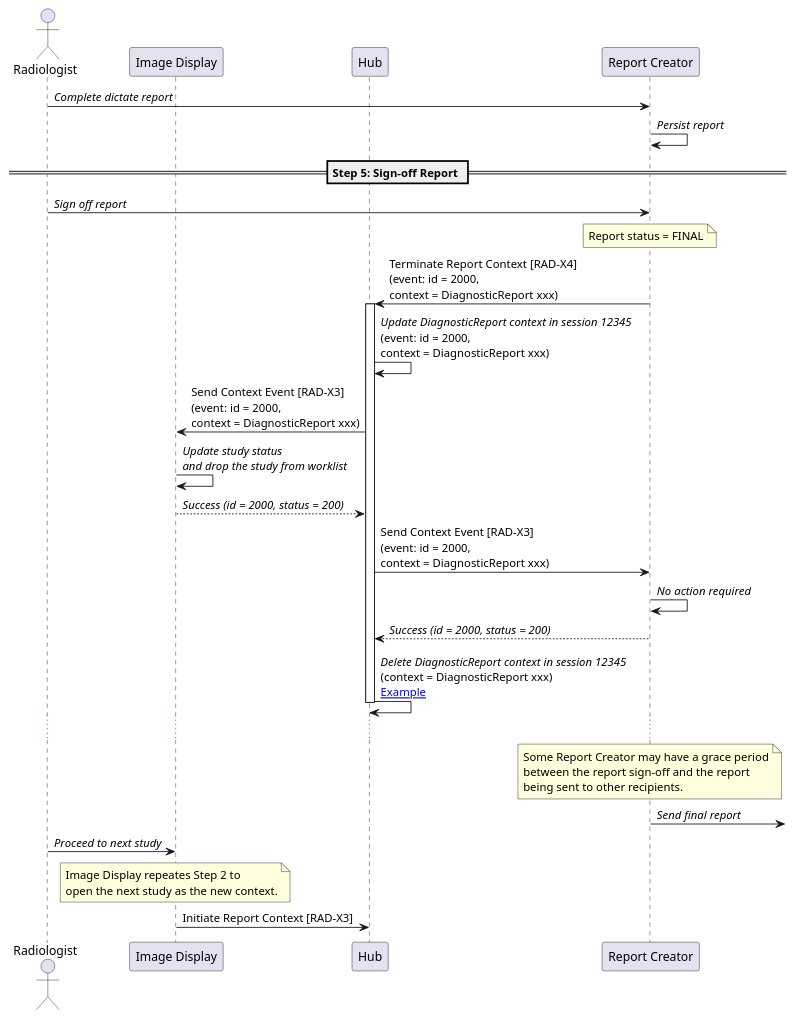
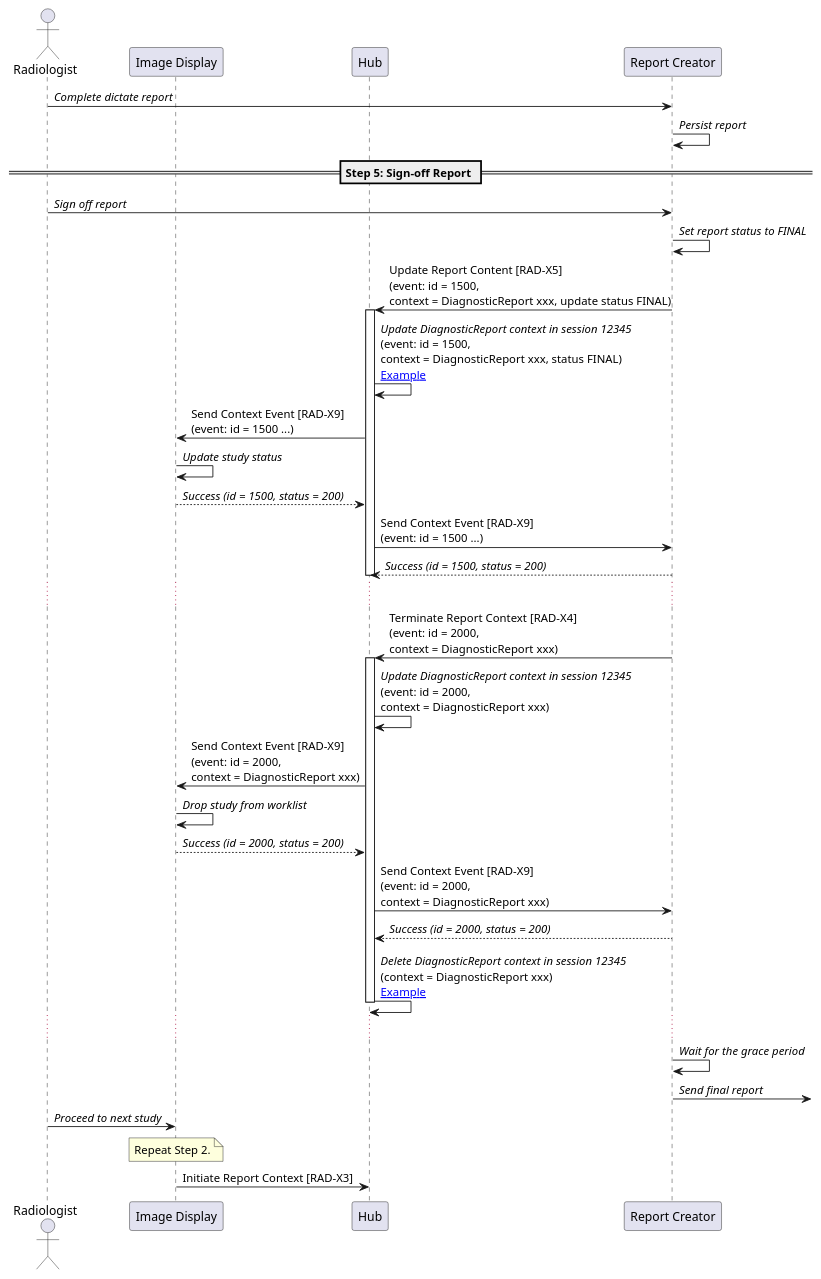
One commit to IHE/RAD.IRA changed the diagram in input/images-source/step5-signoff-report.plantuml. Above: the diagram before and after it, drawn with PlantUML. The commit also changed 3 other files, not shown here.

Commit message:
Added status update when sign-off.

```diff
--- a/input/images-source/step5-signoff-report.plantuml
+++ b/input/images-source/step5-signoff-report.plantuml
@@ -1,49 +1,55 @@
 @startuml
 
 actor Radiologist as User
 participant "Image Display" as PACS
 participant "Hub" as Hub
 participant "Report Creator" as Report
 
 User->Report: //Complete dictate report//
 Report->Report: //Persist report//
 
 == Step 5: Sign-off Report ==
 
 User->Report: //Sign off report//
-note over Report
-Report status = FINAL
-end note
+Report->Report: //Set report status to FINAL//
+
+Report->Hub: Update Report Content [RAD-X5]\n(event: id = 1500,\ncontext = DiagnosticReport xxx, update status FINAL)
+activate Hub
+
+Hub->Hub: //Update DiagnosticReport context in session 12345//\n(event: id = 1500,\ncontext = DiagnosticReport xxx, status FINAL)\n[[update_report_status.html#available-context-and-content-in-hub Example]]
+
+Hub->PACS: Send Context Event [RAD-X9]\n(event: id = 1500 ...)
+PACS->PACS: //Update study status//
+PACS-->Hub: //Success (id = 1500, status = 200)//
+Hub->Report: Send Context Event [RAD-X9]\n(event: id = 1500 ...)
+Report-->Hub: //Success (id = 1500, status = 200)//
+deactivate Hub
+
+...
 
 Report->Hub: Terminate Report Context [RAD-X4]\n(event: id = 2000,\ncontext = DiagnosticReport xxx)
 activate Hub
 
 Hub->Hub: //Update DiagnosticReport context in session 12345//\n(event: id = 2000,\ncontext = DiagnosticReport xxx)
 
-Hub->PACS: Send Context Event [RAD-X3]\n(event: id = 2000,\ncontext = DiagnosticReport xxx)
-PACS->PACS: //Update study status//\n//and drop the study from worklist//
+Hub->PACS: Send Context Event [RAD-X9]\n(event: id = 2000,\ncontext = DiagnosticReport xxx)
+PACS->PACS: //Drop study from worklist//
 PACS-->Hub: //Success (id = 2000, status = 200)//
-Hub->Report: Send Context Event [RAD-X3]\n(event: id = 2000,\ncontext = DiagnosticReport xxx)
-Report->Report: //No action required//
+Hub->Report: Send Context Event [RAD-X9]\n(event: id = 2000,\ncontext = DiagnosticReport xxx)
 Report-->Hub: //Success (id = 2000, status = 200)//
 
 Hub->Hub: //Delete DiagnosticReport context in session 12345//\n(context = DiagnosticReport xxx)\n[[close_study_after_signoff.html#available-context-and-content-in-hub Example]]
 deactivate Hub
 
 ...
-note over Report
-Some Report Creator may have a grace period
-between the report sign-off and the report
-being sent to other recipients.
-end note
+Report->Report: //Wait for the grace period//
 Report->: //Send final report//
 
 User->PACS: //Proceed to next study//
 
 note over PACS
-Image Display repeates Step 2 to
-open the next study as the new context.
+Repeat Step 2.
 end note
 PACS->Hub: Initiate Report Context [RAD-X3]
 
 @enduml
```
